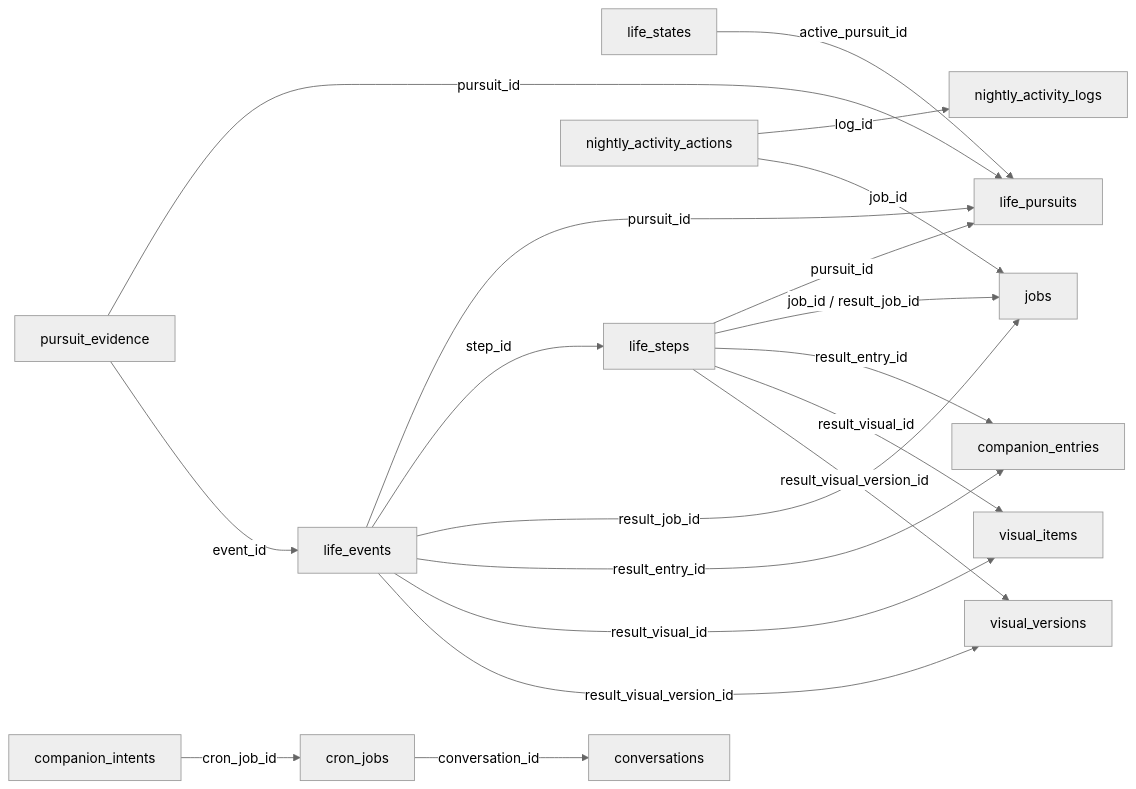
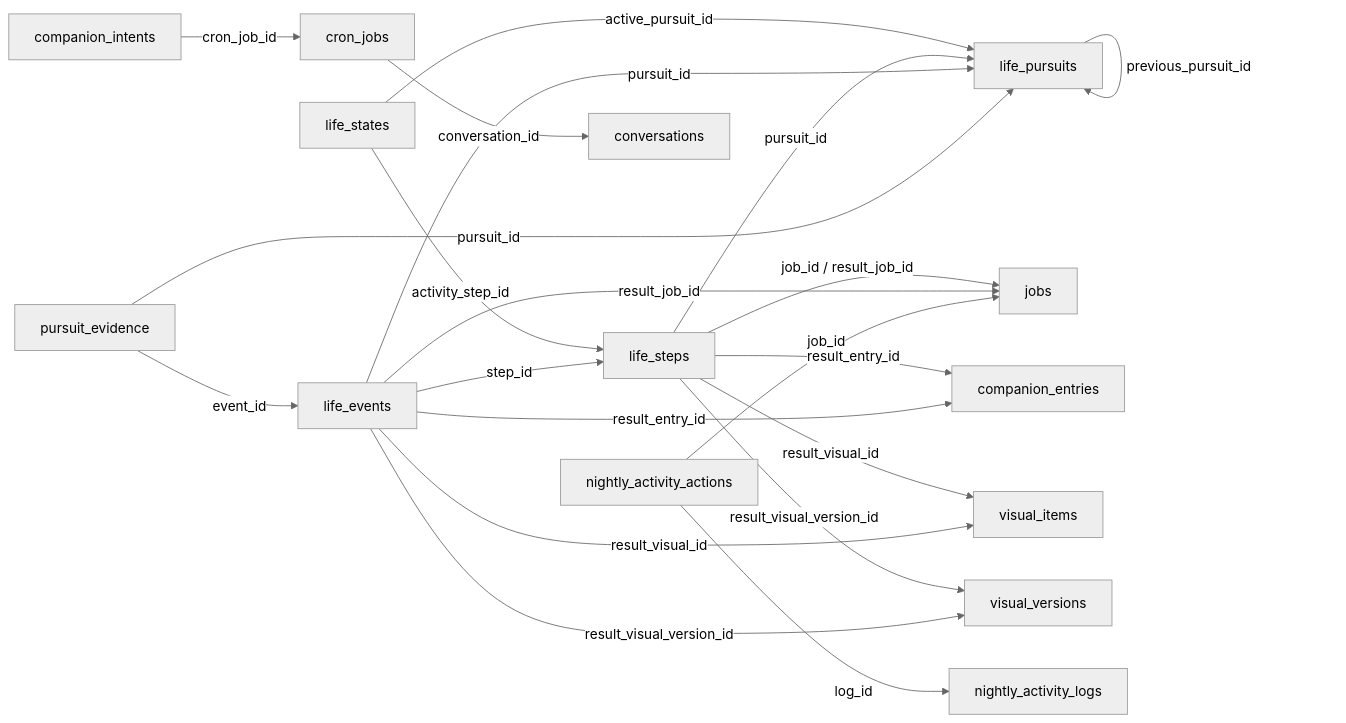
Before and after one commit to yangjinming1062/SpiritAgent: the seventh of 8 diagrams in docs/DATABASE.md, drawn with Mermaid (neutral theme). The commit also changed other lines of this file and 92 other files, not shown here.

````diff
--- a/docs/DATABASE.md
+++ b/docs/DATABASE.md
@@ -153,21 +153,23 @@
 ```mermaid
 flowchart LR
     life_states -->|active_pursuit_id| life_pursuits
+    life_states -->|activity_step_id| life_steps
+    life_pursuits -->|previous_pursuit_id| life_pursuits
     life_steps -->|pursuit_id| life_pursuits
     life_steps -->|job_id / result_job_id| jobs
     life_steps -->|result_entry_id| companion_entries
     life_steps -->|result_visual_id| visual_items
     life_steps -->|result_visual_version_id| visual_versions
     life_events -->|pursuit_id| life_pursuits
     life_events -->|step_id| life_steps
     life_events -->|result_job_id| jobs
     life_events -->|result_entry_id| companion_entries
     life_events -->|result_visual_id| visual_items
     life_events -->|result_visual_version_id| visual_versions
     pursuit_evidence -->|pursuit_id| life_pursuits
     pursuit_evidence -->|event_id| life_events
     nightly_activity_actions -->|log_id| nightly_activity_logs
     nightly_activity_actions -->|job_id| jobs
     cron_jobs -->|conversation_id| conversations
     companion_intents -->|cron_job_id| cron_jobs
 ```
````
